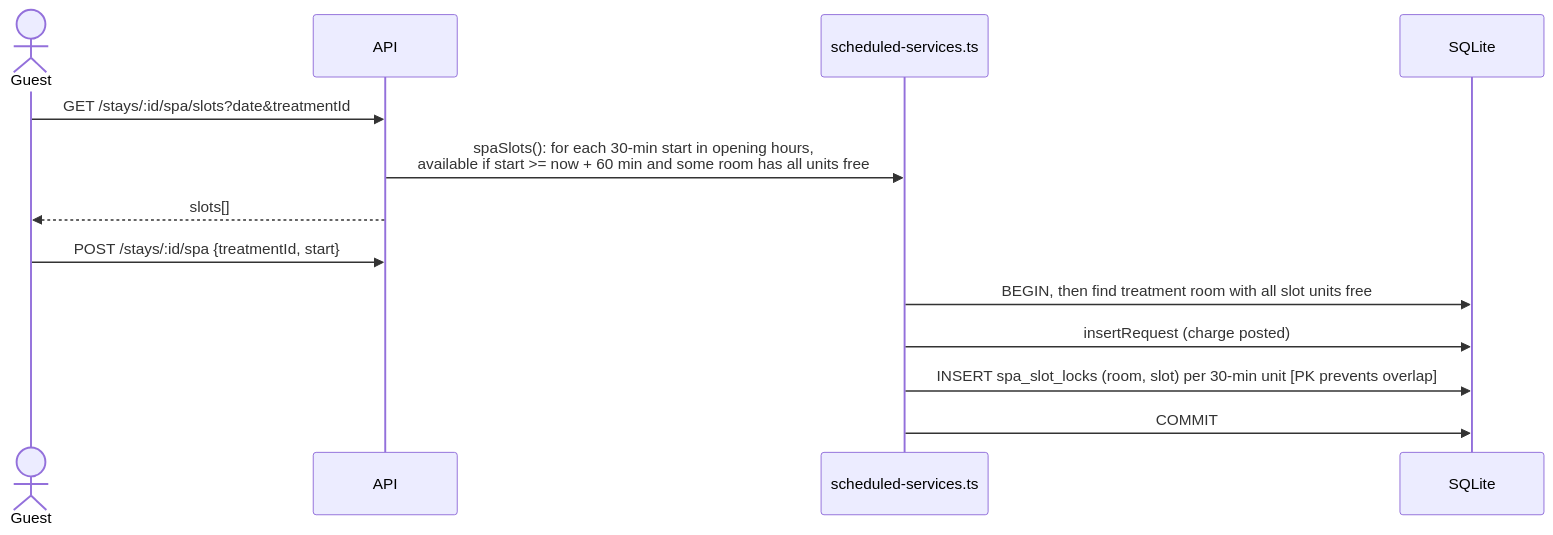
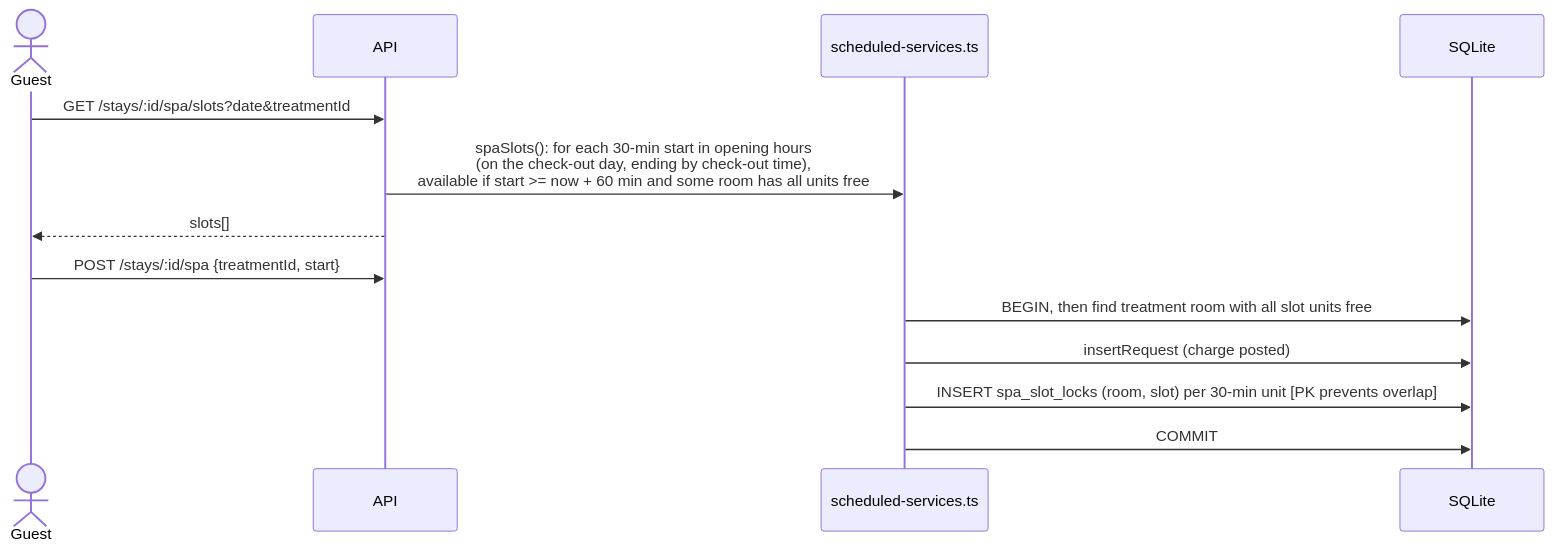
One commit to pRiMeXoMeGa/white-label-hms changed the sixth of 7 diagrams in docs/02-low-level-design.md. Above: the diagram before and after it, drawn with Mermaid. The commit also changed other lines of this file and 78 other files, not shown here.

````diff
--- a/docs/02-low-level-design.md
+++ b/docs/02-low-level-design.md
@@ -214,15 +219,15 @@
 ```mermaid
 sequenceDiagram
   actor G as Guest
   participant API as API
   participant SP as scheduled-services.ts
   participant DB as SQLite
   G->>API: GET /stays/:id/spa/slots?date&treatmentId
-  API->>SP: spaSlots(): for each 30-min start in opening hours,<br/>available if start >= now + 60 min and some room has all units free
+  API->>SP: spaSlots(): for each 30-min start in opening hours<br/>(on the check-out day, ending by check-out time),<br/>available if start >= now + 60 min and some room has all units free
   API-->>G: slots[]
   G->>API: POST /stays/:id/spa {treatmentId, start}
   SP->>DB: BEGIN, then find treatment room with all slot units free
   SP->>DB: insertRequest (charge posted)
   SP->>DB: INSERT spa_slot_locks (room, slot) per 30-min unit  [PK prevents overlap]
   SP->>DB: COMMIT
 ```
````
